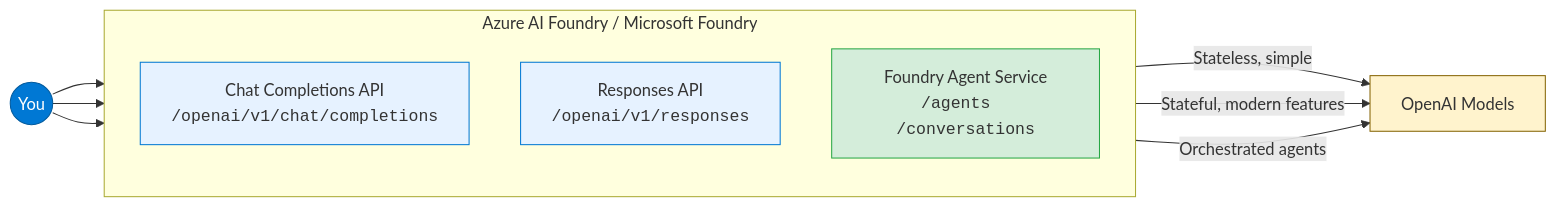
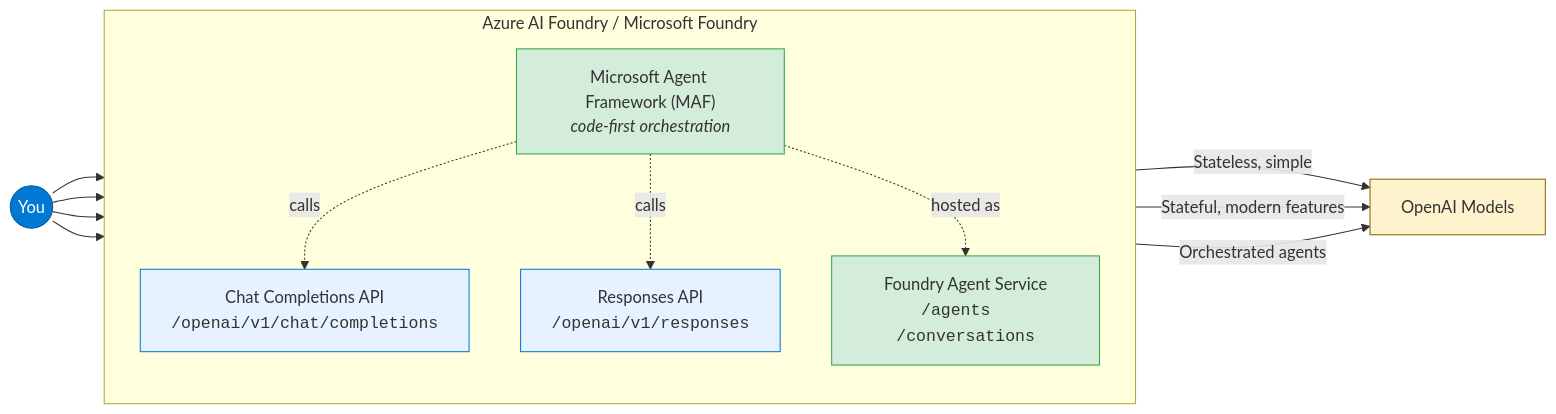
One commit to Arturo-Quiroga-MSFT/microsoft-agents-platform-guide changed the first of 3 diagrams in README.md. Above: the diagram before and after it, drawn with Mermaid. The commit also changed other lines of this file, not shown here.

Commit message:
docs(readme): update mermaid diagrams for MAF consistency
- Landscape diagram: add MAF box layered above the 3 APIs with 'calls'/'hosted as' edges
- Decision flowchart: add Q0 MAF branch before existing Foundry Agent Service question
- SDK ecosystem: style the HOST (Foundry Hosted Agents) node green for consistency

````diff
--- a/README.md
+++ b/README.md
@@ -23,23 +23,30 @@
 ```mermaid
 graph LR
     subgraph "Azure AI Foundry / Microsoft Foundry"
         direction TB
+        MAF["Microsoft Agent Framework (MAF)<br/><i>code-first orchestration</i>"]
         CC["Chat Completions API<br/><code>/openai/v1/chat/completions</code>"]
         RA["Responses API<br/><code>/openai/v1/responses</code>"]
         AS["Foundry Agent Service<br/><code>/agents  /conversations</code>"]
     end
 
-    DEV((You)) --> CC
+    DEV((You)) --> MAF
+    DEV --> CC
     DEV --> RA
     DEV --> AS
+
+    MAF -. "calls" .-> CC
+    MAF -. "calls" .-> RA
+    MAF -. "hosted as" .-> AS
 
     CC -- "Stateless, simple" --> MODEL["OpenAI Models"]
     RA -- "Stateful, modern features" --> MODEL
     AS -- "Orchestrated agents" --> MODEL
 
     style DEV fill:#0078D4,color:#fff,stroke:#005A9E
+    style MAF fill:#D4EDDA,stroke:#28A745
     style CC fill:#E6F2FF,stroke:#0078D4
     style RA fill:#E6F2FF,stroke:#0078D4
     style AS fill:#D4EDDA,stroke:#28A745
     style MODEL fill:#FFF3CD,stroke:#856404
 ```
````
